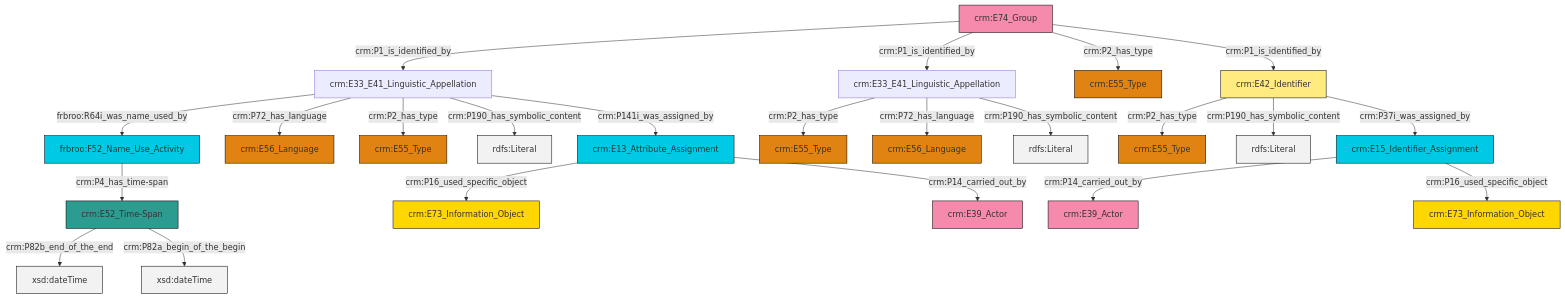
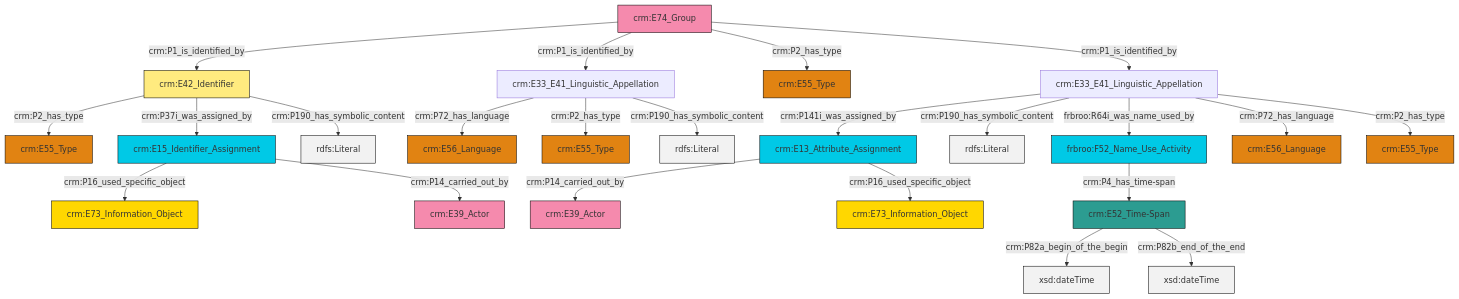
One commit to swiss-art-research-net/docs.swissartresearch changed the diagram in et/groupCSV/ttl/mmd/group_name.ttl.mmd. Above: the diagram before and after it, drawn with Mermaid. The commit also changed 210 other files, not shown here.

```diff
--- a/et/groupCSV/ttl/mmd/group_name.ttl.mmd
+++ b/et/groupCSV/ttl/mmd/group_name.ttl.mmd
@@ -1,37 +1,37 @@
 graph TD
 classDef Literal fill:#f2f2f2,stroke:#000000;
 classDef CRM_Entity fill:#FFFFFF,stroke:#000000;
 classDef Temporal_Entity fill:#00C9E6, stroke:#000000;
 classDef Type fill:#E18312, stroke:#000000;
 classDef Time-Span fill:#2C9C91, stroke:#000000;
 classDef Appellation fill:#FFEB7F, stroke:#000000;
 classDef Place fill:#008836, stroke:#000000;
 classDef Persistent_Item fill:#B266B2, stroke:#000000;
 classDef Conceptual_Object fill:#FFD700, stroke:#000000;
 classDef Physical_Thing fill:#D2B48C, stroke:#000000;
 classDef Actor fill:#f58aad, stroke:#000000;
 classDef PC_Classes fill:#4ce600, stroke:#000000;
 classDef Multi fill:#cccccc,stroke:#000000;
 
-0["crm:E13_Attribute_Assignment"]:::Temporal_Entity -->|crm:P16_used_specific_object| 1["crm:E73_Information_Object"]:::Conceptual_Object
-4["crm:E74_Group"]:::Actor -->|crm:P1_is_identified_by| 5["crm:E33_E41_Linguistic_Appellation"]:::Default
-11["crm:E42_Identifier"]:::Appellation -->|crm:P2_has_type| 12["crm:E55_Type"]:::Type
-15["frbroo:F52_Name_Use_Activity"]:::Temporal_Entity -->|crm:P4_has_time-span| 16["crm:E52_Time-Span"]:::Time-Span
-17["crm:E15_Identifier_Assignment"]:::Temporal_Entity -->|crm:P14_carried_out_by| 18["crm:E39_Actor"]:::Actor
-5["crm:E33_E41_Linguistic_Appellation"]:::Default -->|frbroo:R64i_was_name_used_by| 15["frbroo:F52_Name_Use_Activity"]:::Temporal_Entity
-21["crm:E33_E41_Linguistic_Appellation"]:::Default -->|crm:P2_has_type| 2["crm:E55_Type"]:::Type
-5["crm:E33_E41_Linguistic_Appellation"]:::Default -->|crm:P72_has_language| 9["crm:E56_Language"]:::Type
-11["crm:E42_Identifier"]:::Appellation -->|crm:P190_has_symbolic_content| 22[rdfs:Literal]:::Literal
-0["crm:E13_Attribute_Assignment"]:::Temporal_Entity -->|crm:P14_carried_out_by| 23["crm:E39_Actor"]:::Actor
-21["crm:E33_E41_Linguistic_Appellation"]:::Default -->|crm:P72_has_language| 27["crm:E56_Language"]:::Type
-4["crm:E74_Group"]:::Actor -->|crm:P1_is_identified_by| 21["crm:E33_E41_Linguistic_Appellation"]:::Default
-5["crm:E33_E41_Linguistic_Appellation"]:::Default -->|crm:P2_has_type| 13["crm:E55_Type"]:::Type
-5["crm:E33_E41_Linguistic_Appellation"]:::Default -->|crm:P190_has_symbolic_content| 32[rdfs:Literal]:::Literal
-11["crm:E42_Identifier"]:::Appellation -->|crm:P37i_was_assigned_by| 17["crm:E15_Identifier_Assignment"]:::Temporal_Entity
-17["crm:E15_Identifier_Assignment"]:::Temporal_Entity -->|crm:P16_used_specific_object| 6["crm:E73_Information_Object"]:::Conceptual_Object
-21["crm:E33_E41_Linguistic_Appellation"]:::Default -->|crm:P190_has_symbolic_content| 35[rdfs:Literal]:::Literal
-16["crm:E52_Time-Span"]:::Time-Span -->|crm:P82b_end_of_the_end| 36[xsd:dateTime]:::Literal
-5["crm:E33_E41_Linguistic_Appellation"]:::Default -->|crm:P141i_was_assigned_by| 0["crm:E13_Attribute_Assignment"]:::Temporal_Entity
-4["crm:E74_Group"]:::Actor -->|crm:P2_has_type| 19["crm:E55_Type"]:::Type
-16["crm:E52_Time-Span"]:::Time-Span -->|crm:P82a_begin_of_the_begin| 38[xsd:dateTime]:::Literal
-4["crm:E74_Group"]:::Actor -->|crm:P1_is_identified_by| 11["crm:E42_Identifier"]:::Appellation
+6["crm:E74_Group"]:::Actor -->|crm:P1_is_identified_by| 7["crm:E42_Identifier"]:::Appellation
+8["crm:E52_Time-Span"]:::Time-Span -->|crm:P82a_begin_of_the_begin| 9[xsd:dateTime]:::Literal
+11["frbroo:F52_Name_Use_Activity"]:::Temporal_Entity -->|crm:P4_has_time-span| 8["crm:E52_Time-Span"]:::Time-Span
+12["crm:E33_E41_Linguistic_Appellation"]:::Default -->|crm:P141i_was_assigned_by| 13["crm:E13_Attribute_Assignment"]:::Temporal_Entity
+6["crm:E74_Group"]:::Actor -->|crm:P1_is_identified_by| 20["crm:E33_E41_Linguistic_Appellation"]:::Default
+7["crm:E42_Identifier"]:::Appellation -->|crm:P2_has_type| 23["crm:E55_Type"]:::Type
+6["crm:E74_Group"]:::Actor -->|crm:P2_has_type| 4["crm:E55_Type"]:::Type
+20["crm:E33_E41_Linguistic_Appellation"]:::Default -->|crm:P72_has_language| 25["crm:E56_Language"]:::Type
+20["crm:E33_E41_Linguistic_Appellation"]:::Default -->|crm:P2_has_type| 14["crm:E55_Type"]:::Type
+13["crm:E13_Attribute_Assignment"]:::Temporal_Entity -->|crm:P14_carried_out_by| 28["crm:E39_Actor"]:::Actor
+12["crm:E33_E41_Linguistic_Appellation"]:::Default -->|crm:P190_has_symbolic_content| 29[rdfs:Literal]:::Literal
+7["crm:E42_Identifier"]:::Appellation -->|crm:P37i_was_assigned_by| 30["crm:E15_Identifier_Assignment"]:::Temporal_Entity
+12["crm:E33_E41_Linguistic_Appellation"]:::Default -->|frbroo:R64i_was_name_used_by| 11["frbroo:F52_Name_Use_Activity"]:::Temporal_Entity
+30["crm:E15_Identifier_Assignment"]:::Temporal_Entity -->|crm:P16_used_specific_object| 33["crm:E73_Information_Object"]:::Conceptual_Object
+20["crm:E33_E41_Linguistic_Appellation"]:::Default -->|crm:P190_has_symbolic_content| 34[rdfs:Literal]:::Literal
+6["crm:E74_Group"]:::Actor -->|crm:P1_is_identified_by| 12["crm:E33_E41_Linguistic_Appellation"]:::Default
+30["crm:E15_Identifier_Assignment"]:::Temporal_Entity -->|crm:P14_carried_out_by| 0["crm:E39_Actor"]:::Actor
+12["crm:E33_E41_Linguistic_Appellation"]:::Default -->|crm:P72_has_language| 17["crm:E56_Language"]:::Type
+7["crm:E42_Identifier"]:::Appellation -->|crm:P190_has_symbolic_content| 36[rdfs:Literal]:::Literal
+8["crm:E52_Time-Span"]:::Time-Span -->|crm:P82b_end_of_the_end| 37[xsd:dateTime]:::Literal
+12["crm:E33_E41_Linguistic_Appellation"]:::Default -->|crm:P2_has_type| 21["crm:E55_Type"]:::Type
+13["crm:E13_Attribute_Assignment"]:::Temporal_Entity -->|crm:P16_used_specific_object| 2["crm:E73_Information_Object"]:::Conceptual_Object
```
